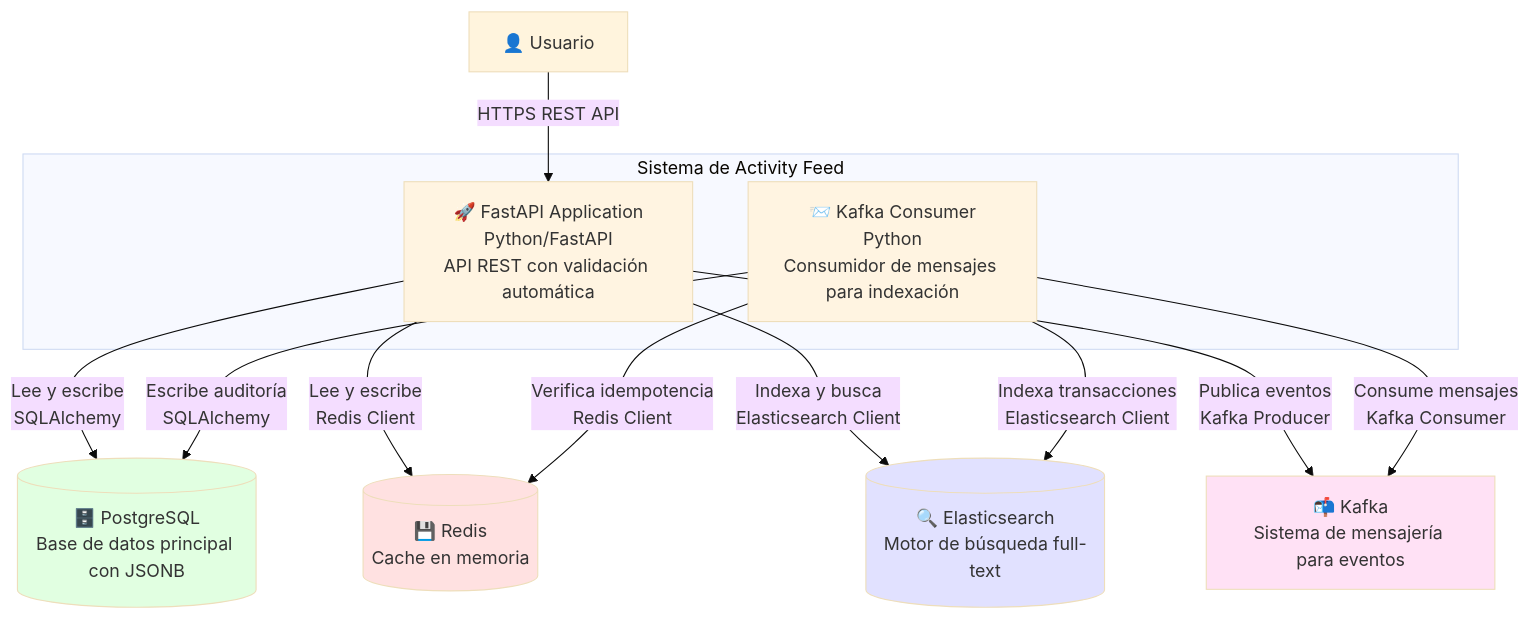
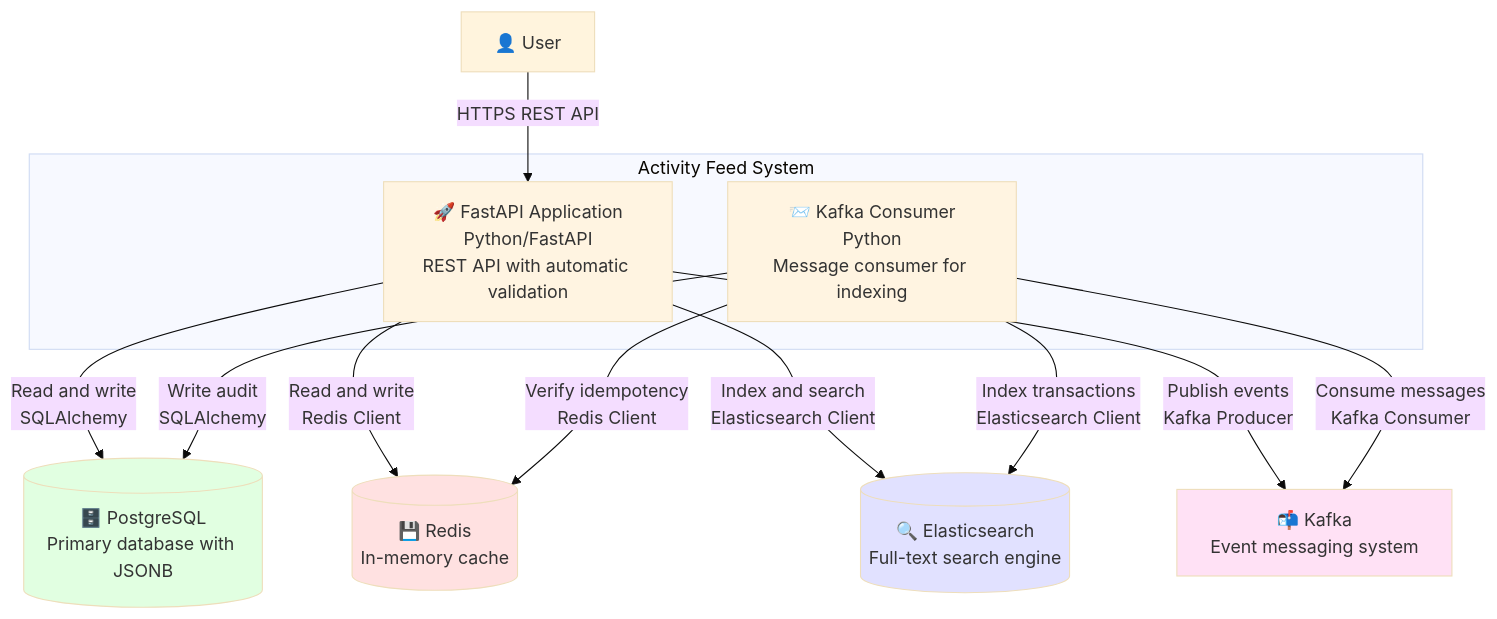
One commit to echevemaster/astropay_challenge changed the second of 8 diagrams in README.md. Above: the diagram before and after it, drawn with Mermaid (base theme). The commit also changed other lines of this file, not shown here.

````diff
--- a/README.md
+++ b/README.md
@@ -105,30 +105,30 @@
 ```mermaid
 graph TB
-    subgraph "Sistema de Activity Feed"
-        API[🚀 FastAPI Application<br/>Python/FastAPI<br/>API REST con validación automática]
-        Consumer[📨 Kafka Consumer<br/>Python<br/>Consumidor de mensajes para indexación]
+    subgraph "Activity Feed System"
+        API[🚀 FastAPI Application<br/>Python/FastAPI<br/>REST API with automatic validation]
+        Consumer[📨 Kafka Consumer<br/>Python<br/>Message consumer for indexing]
     end
     
-    User[👤 Usuario]
-    Postgres[(🗄️ PostgreSQL<br/>Base de datos principal con JSONB)]
-    Redis[(💾 Redis<br/>Cache en memoria)]
-    Elasticsearch[(🔍 Elasticsearch<br/>Motor de búsqueda full-text)]
-    Kafka[📬 Kafka<br/>Sistema de mensajería para eventos]
+    User[👤 User]
+    Postgres[(🗄️ PostgreSQL<br/>Primary database with JSONB)]
+    Redis[(💾 Redis<br/>In-memory cache)]
+    Elasticsearch[(🔍 Elasticsearch<br/>Full-text search engine)]
+    Kafka[📬 Kafka<br/>Event messaging system]
     
     User -->|HTTPS REST API| API
-    API -->|Lee y escribe<br/>SQLAlchemy| Postgres
-    API -->|Lee y escribe<br/>Redis Client| Redis
-    API -->|Indexa y busca<br/>Elasticsearch Client| Elasticsearch
-    API -->|Publica eventos<br/>Kafka Producer| Kafka
-    Consumer -->|Consume mensajes<br/>Kafka Consumer| Kafka
-    Consumer -->|Indexa transacciones<br/>Elasticsearch Client| Elasticsearch
-    Consumer -->|Escribe auditoría<br/>SQLAlchemy| Postgres
-    Consumer -->|Verifica idempotencia<br/>Redis Client| Redis
+    API -->|Read and write<br/>SQLAlchemy| Postgres
+    API -->|Read and write<br/>Redis Client| Redis
+    API -->|Index and search<br/>Elasticsearch Client| Elasticsearch
+    API -->|Publish events<br/>Kafka Producer| Kafka
+    Consumer -->|Consume messages<br/>Kafka Consumer| Kafka
+    Consumer -->|Index transactions<br/>Elasticsearch Client| Elasticsearch
+    Consumer -->|Write audit<br/>SQLAlchemy| Postgres
+    Consumer -->|Verify idempotency<br/>Redis Client| Redis
     
     style API fill:#fff4e1
     style Consumer fill:#fff4e1
     style Postgres fill:#e1ffe1
     style Redis fill:#ffe1e1
     style Elasticsearch fill:#e1e1ff
     style Kafka fill:#ffe1f5
 ```
````
